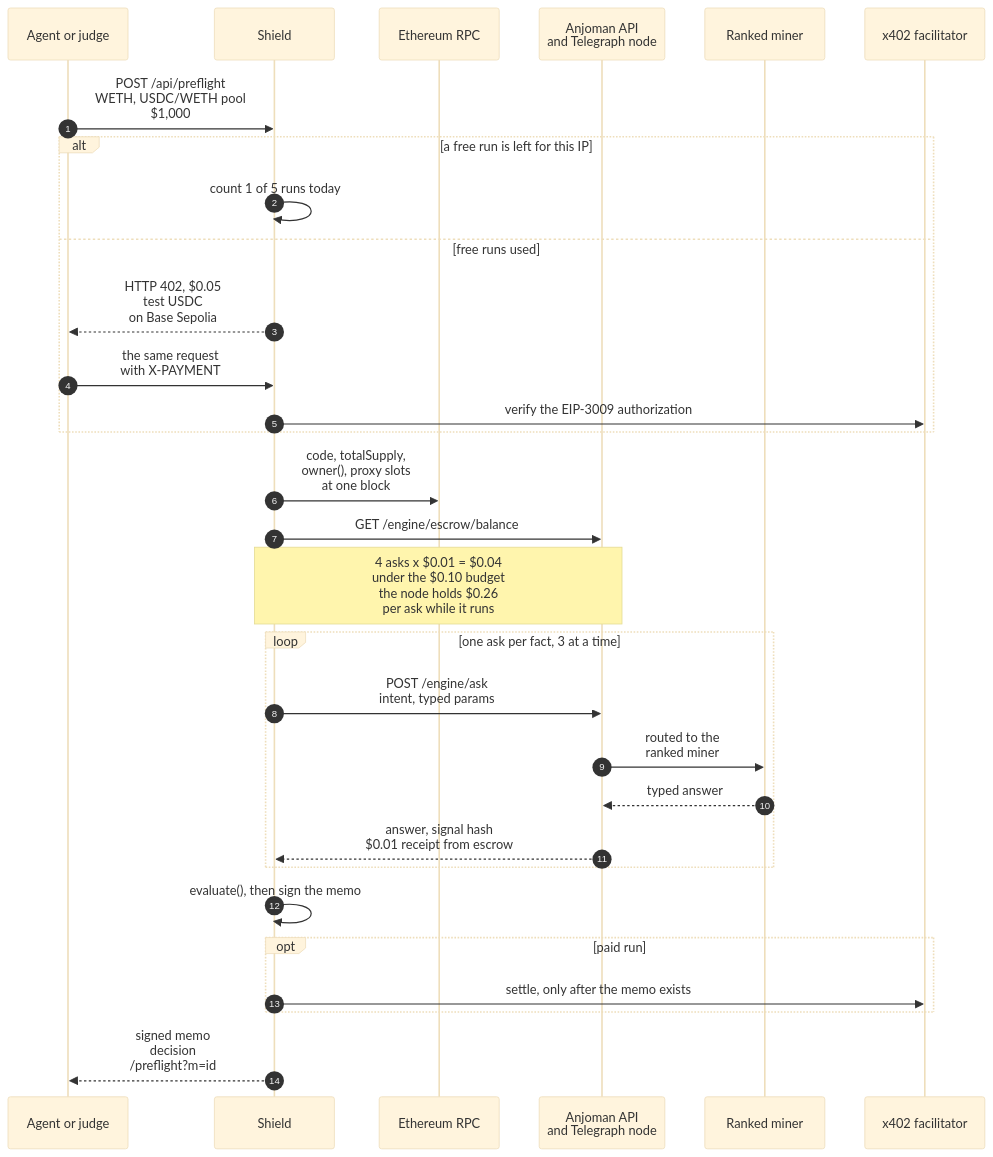
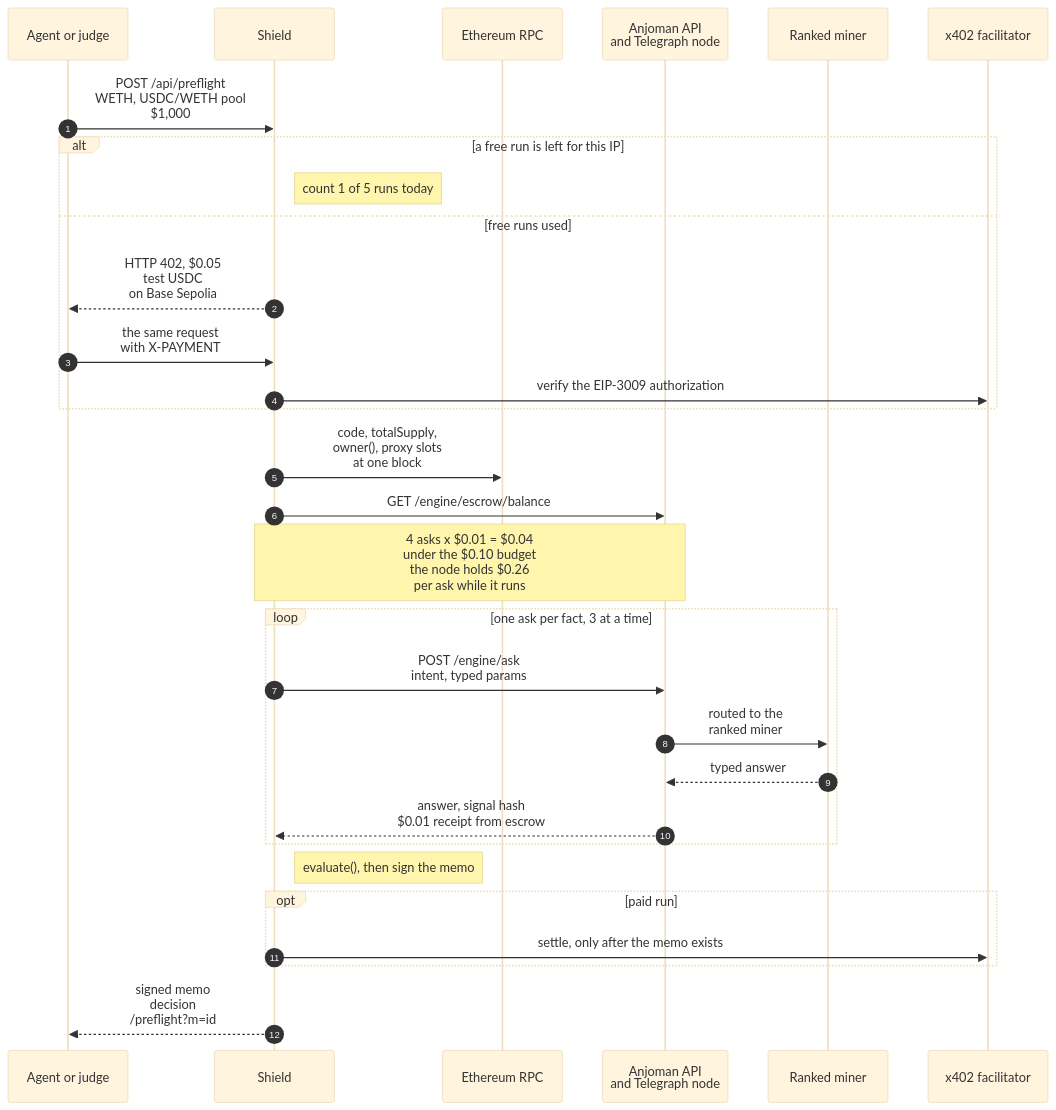
One commit to mrnetwork0001/Truvian changed the fourth of 7 diagrams in README.md. Above: the diagram before and after it, drawn with Mermaid (base theme). The commit also changed other lines of this file, not shown here.

First line of the commit message:
README: diagram labels that do not collide, and epoch 30 miner scores

````diff
--- a/README.md
+++ b/README.md
@@ -212,33 +212,33 @@
 ```mermaid
 sequenceDiagram
   autonumber
   participant A as Agent or judge
   participant S as Shield
   participant C as Ethereum RPC
   participant T as Anjoman API<br/>and Telegraph node
   participant M as Ranked miner
   participant F as x402 facilitator
 
   A->>S: POST /api/preflight<br/>WETH, USDC/WETH pool<br/>$1,000
   alt a free run is left for this IP
-    S->>S: count 1 of 5 runs today
+    Note right of S: count 1 of 5 runs today
   else free runs used
     S-->>A: HTTP 402, $0.05<br/>test USDC<br/>on Base Sepolia
     A->>S: the same request<br/>with X-PAYMENT
     S->>F: verify the EIP-3009 authorization
   end
   S->>C: code, totalSupply,<br/>owner(), proxy slots<br/>at one block
   S->>T: GET /engine/escrow/balance
   Note over S,T: 4 asks x $0.01 = $0.04<br/>under the $0.10 budget<br/>the node holds $0.26<br/>per ask while it runs
   loop one ask per fact, 3 at a time
     S->>T: POST /engine/ask<br/>intent, typed params
     T->>M: routed to the<br/>ranked miner
     M-->>T: typed answer
     T-->>S: answer, signal hash<br/>$0.01 receipt from escrow
   end
-  S->>S: evaluate(), then sign the memo
+  Note right of S: evaluate(), then sign the memo
   opt paid run
     S->>F: settle, only after the memo exists
   end
   S-->>A: signed memo<br/>decision<br/>/preflight?m=id
 ```
````
